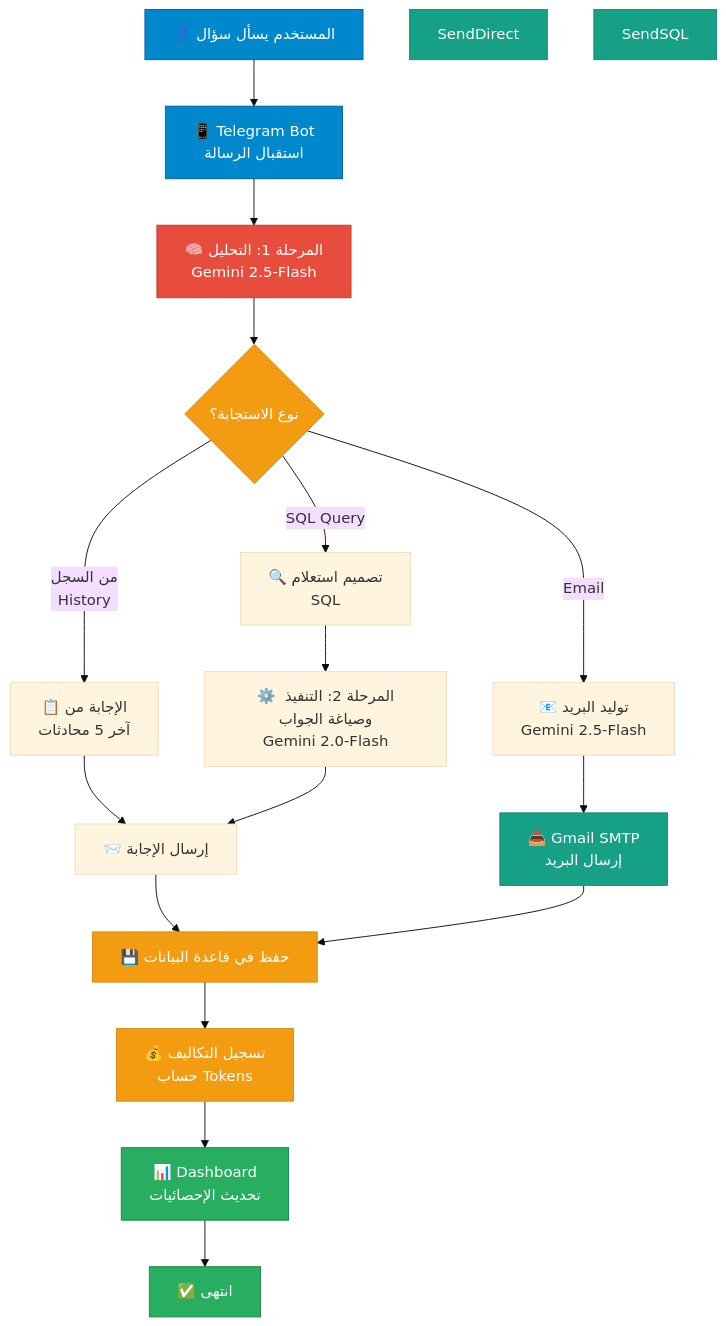
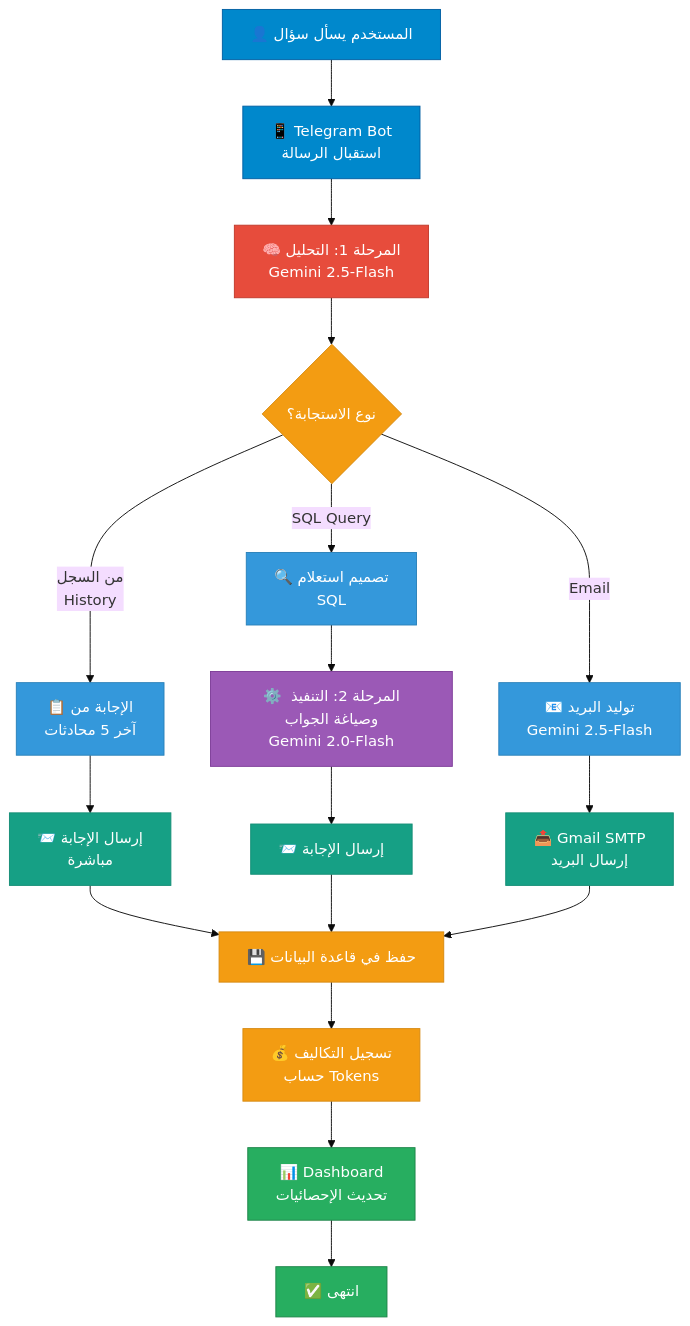
One commit to Bek0/AI-Telegram-Bot changed the first of 2 diagrams in README.md. Above: the diagram before and after it, drawn with Mermaid (base theme).

````diff
--- a/README.md
+++ b/README.md
@@ -8,42 +8,45 @@
 ```mermaid
 graph TD
     Start["👤 المستخدم يسأل سؤال"] --> Input["📱 Telegram Bot<br/>استقبال الرسالة"]
     Input --> Stage1["🧠 المرحلة 1: التحليل<br/>Gemini 2.5-Flash"]
     
     Stage1 --> Decide{نوع الاستجابة؟}
     
     %% Path 1: Direct Answer from History
     Decide -->|من السجل<br/>History| DirectPath["📋 الإجابة من<br/>آخر 5 محادثات"]
+    DirectPath --> SendDirect["📨 إرسال الإجابة<br/>مباشرة"]
     
     %% Path 2: SQL Query
     Decide -->|SQL Query| SQLPath["🔍 تصميم استعلام<br/>SQL"]
     SQLPath --> Stage2["⚙️ المرحلة 2: التنفيذ وصياغة الجواب<br/>Gemini 2.0-Flash"]
+    Stage2 --> SendSQL["📨 إرسال الإجابة"]
     
     %% Path 3: Email Generation
     Decide -->|Email| EmailPath["📧 توليد البريد<br/>Gemini 2.5-Flash"]
     EmailPath --> SendEmail["📤 Gmail SMTP<br/>إرسال البريد"]
     
-    %% Combine paths 1 and 2
-    DirectPath --> SendResponse["📨 إرسال الإجابة"]
-    Stage2 --> SendResponse
-    
     %% Logging and Tracking
-    SendResponse --> SaveConv["💾 حفظ في قاعدة البيانات"]
+    SendDirect --> SaveConv["💾 حفظ في قاعدة البيانات"]
+    SendSQL --> SaveConv
     SendEmail --> SaveConv
     
     SaveConv --> LogCosts["💰 تسجيل التكاليف<br/>حساب Tokens"]
     LogCosts --> Dashboard["📊 Dashboard<br/>تحديث الإحصائيات"]
     Dashboard --> End["✅ انتهى"]
     
     style Start fill:#0088cc,stroke:#005fa3,color:#fff
     style Input fill:#0088cc,stroke:#005fa3,color:#fff
     style Stage1 fill:#e74c3c,stroke:#c0392b,color:#fff
     style Decide fill:#f39c12,stroke:#d68910,color:#fff
+    style DirectPath fill:#3498db,stroke:#2980b9,color:#fff
     style SendDirect fill:#16a085,stroke:#138d75,color:#fff
+    style SQLPath fill:#3498db,stroke:#2980b9,color:#fff
+    style Stage2 fill:#9b59b6,stroke:#7d3c98,color:#fff
     style SendSQL fill:#16a085,stroke:#138d75,color:#fff
+    style EmailPath fill:#3498db,stroke:#2980b9,color:#fff
     style SendEmail fill:#16a085,stroke:#138d75,color:#fff
     style SaveConv fill:#f39c12,stroke:#d68910,color:#fff
     style LogCosts fill:#f39c12,stroke:#d68910,color:#fff
     style Dashboard fill:#27ae60,stroke:#1e8449,color:#fff
     style End fill:#27ae60,stroke:#1e8449,color:#fff
 ```
````
